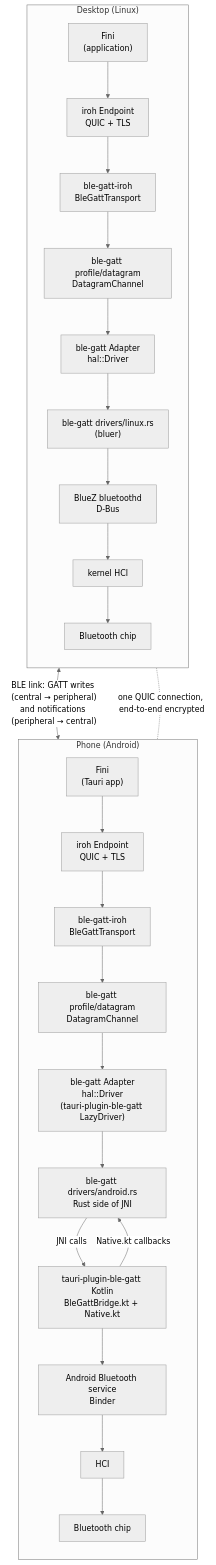
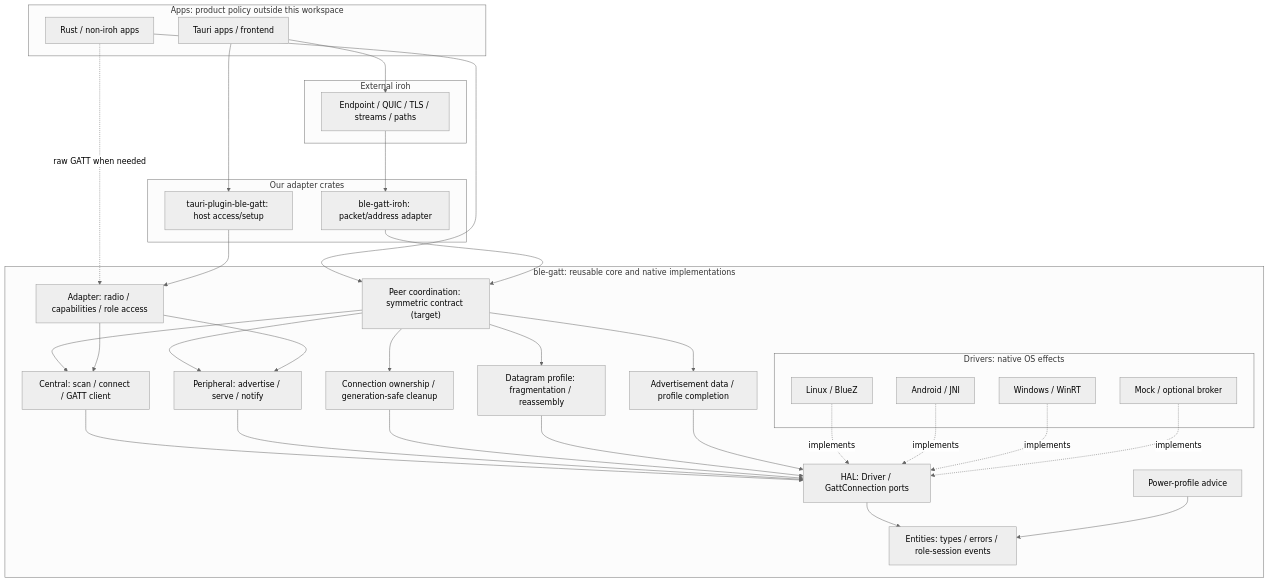
Before and after one commit to VRuzhentsov/ble-gatt: the diagram in docs/architecture.md, drawn with Mermaid (neutral theme). The commit also changed other lines of this file and 8 other files, not shown here.

Commit message:
docs: define crate boundaries and core-owned symmetric peers

````diff
--- a/docs/architecture.md
+++ b/docs/architecture.md
@@ -166,37 +37,57 @@
 ```mermaid
 flowchart TB
-    subgraph desktop["Desktop (Linux)"]
-        direction TB
-        dApp["Fini<br/>(application)"]
-        dIroh["iroh Endpoint<br/>QUIC + TLS"]
-        dTransport["ble-gatt-iroh<br/>BleGattTransport"]
-        dDatagram["ble-gatt profile/datagram<br/>DatagramChannel"]
-        dAdapter["ble-gatt Adapter<br/>hal::Driver"]
-        dDriver["ble-gatt drivers/linux.rs<br/>(bluer)"]
-        dBluez["BlueZ bluetoothd<br/>D-Bus"]
-        dHci["kernel HCI"]
-        dChip["Bluetooth chip"]
-        dApp --> dIroh --> dTransport --> dDatagram --> dAdapter --> dDriver --> dBluez --> dHci --> dChip
+    subgraph apps["Apps: product policy outside this workspace"]
+        direct["Rust / non-iroh apps"]
+        tauriApp["Tauri apps / frontend"]
     end
-
-    subgraph phone["Phone (Android)"]
-        direction TB
-        pApp["Fini<br/>(Tauri app)"]
-        pIroh["iroh Endpoint<br/>QUIC + TLS"]
-        pTransport["ble-gatt-iroh<br/>BleGattTransport"]
-        pDatagram["ble-gatt profile/datagram<br/>DatagramChannel"]
-        pAdapter["ble-gatt Adapter<br/>hal::Driver<br/>(tauri-plugin-ble-gatt LazyDriver)"]
-        pDriver["ble-gatt drivers/android.rs<br/>Rust side of JNI"]
-        pKotlin["tauri-plugin-ble-gatt Kotlin<br/>BleGattBridge.kt + Native.kt"]
-        pStack["Android Bluetooth service<br/>Binder"]
-        pHci["HCI"]
-        pChip["Bluetooth chip"]
-        pApp --> pIroh --> pTransport --> pDatagram --> pAdapter --> pDriver
-        pDriver -- "JNI calls" --> pKotlin
-        pKotlin -- "Native.kt callbacks" --> pDriver
-        pKotlin --> pStack --> pHci --> pChip
+    subgraph external["External iroh"]
+        endpoint["Endpoint / QUIC / TLS / streams / paths"]
     end
-
-    dChip <-->|"BLE link: GATT writes (central → peripheral)<br/>and notifications (peripheral → central)"| pChip
-    dIroh -.-|"one QUIC connection, end-to-end encrypted"| pIroh
+    subgraph integrations["Our adapter crates"]
+        irohAdapter["ble-gatt-iroh: packet/address adapter"]
+        tauriAdapter["tauri-plugin-ble-gatt: host access/setup"]
+    end
+    subgraph core["ble-gatt: reusable core and native implementations"]
+        peer["Peer coordination: symmetric contract (target)"]
+        adapter["Adapter: radio / capabilities / role access"]
+        central["Central: scan / connect / GATT client"]
+        peripheral["Peripheral: advertise / serve / notify"]
+        owned["Connection ownership / generation-safe cleanup"]
+        messages["Datagram profile: fragmentation / reassembly"]
+        discovery["Advertisement data / profile completion"]
+        power["Power-profile advice"]
+        hal["HAL: Driver / GattConnection ports"]
+        entities["Entities: types / errors / role-session events"]
+        subgraph drivers["Drivers: native OS effects"]
+            linux["Linux / BlueZ"]
+            android["Android / JNI"]
+            windows["Windows / WinRT"]
+            mock["Mock / optional broker"]
+        end
+    end
+    direct --> peer
+    direct -. "raw GATT when needed" .-> adapter
+    tauriApp --> tauriAdapter
+    tauriApp --> endpoint
+    endpoint --> irohAdapter
+    irohAdapter --> peer
+    tauriAdapter --> adapter
+    peer --> central
+    peer --> peripheral
+    peer --> owned
+    peer --> messages
+    peer --> discovery
+    adapter --> central
+    adapter --> peripheral
+    central --> hal
+    peripheral --> hal
+    owned --> hal
+    messages --> hal
+    discovery --> hal
+    hal --> entities
+    power --> entities
+    linux -. "implements" .-> hal
+    android -. "implements" .-> hal
+    windows -. "implements" .-> hal
+    mock -. "implements" .-> hal
 ```
````
